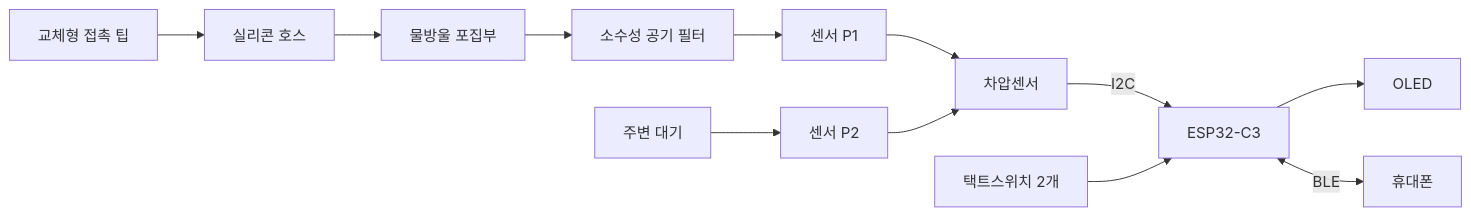
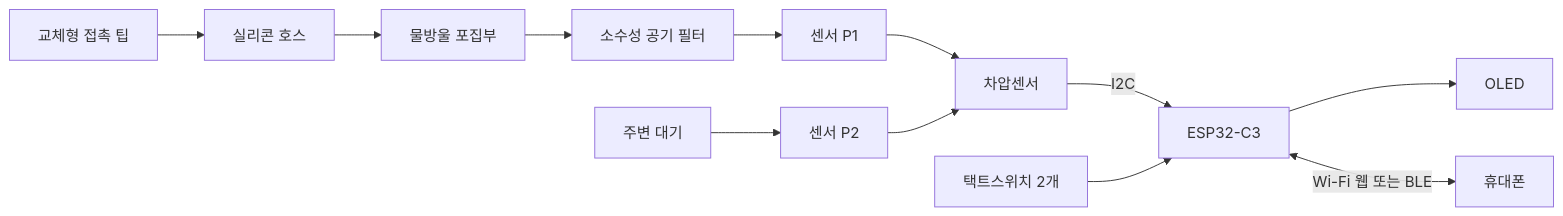
Before and after one commit to despild/esp32-micro-world: the first of 3 diagrams in equalization-tool/design-notes.md, drawn with Mermaid. The commit also changed other lines of this file and 23 other files, not shown here.

````diff
--- a/equalization-tool/design-notes.md
+++ b/equalization-tool/design-notes.md
@@ -7,14 +7,14 @@
 ```mermaid
 flowchart LR
     Tip[교체형 접촉 팁] --> Hose[실리콘 호스]
     Hose --> Trap[물방울 포집부]
     Trap --> Filter[소수성 공기 필터]
     Filter --> P1[센서 P1]
     Air[주변 대기] --> P2[센서 P2]
     P1 --> Sensor[차압센서]
     P2 --> Sensor
     Sensor -->|I2C| MCU[ESP32-C3]
     Buttons[택트스위치 2개] --> MCU
     MCU --> OLED[OLED]
-    MCU <-->|BLE| Phone[휴대폰]
+    MCU <-->|Wi-Fi 웹 또는 BLE| Phone[휴대폰]
 ```
````
